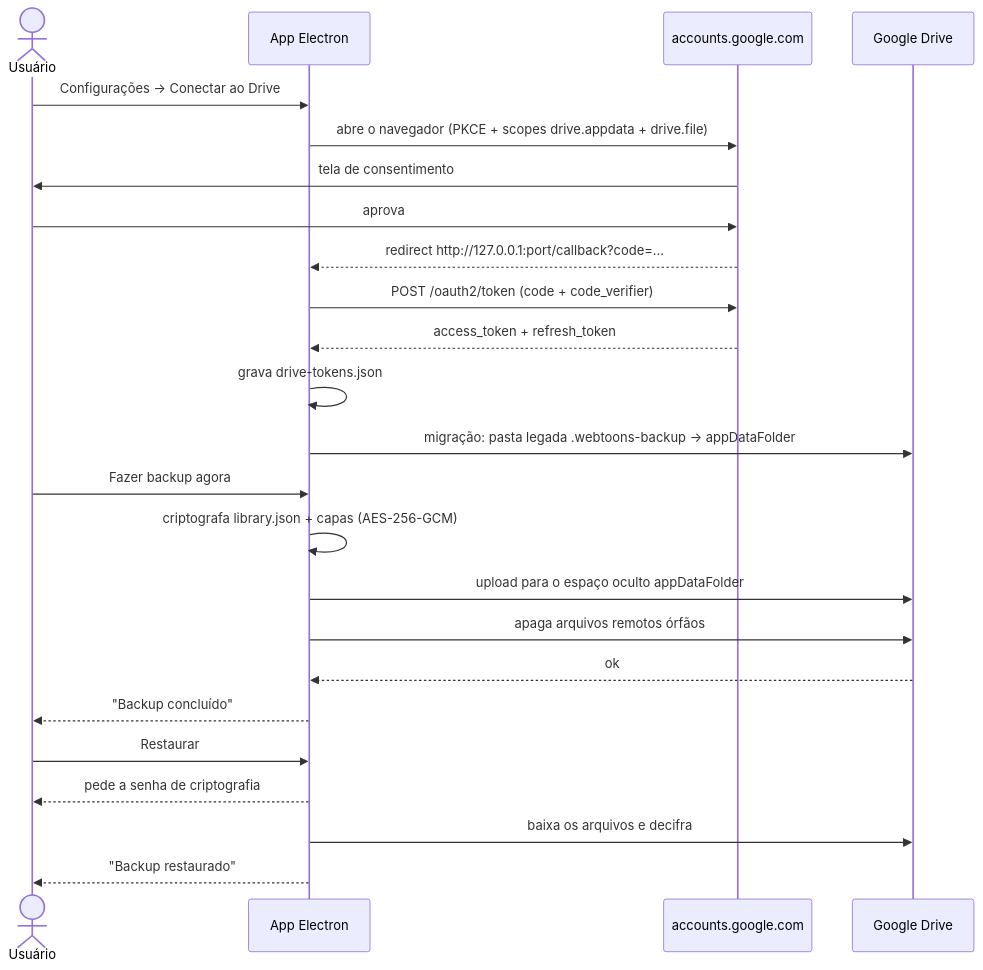
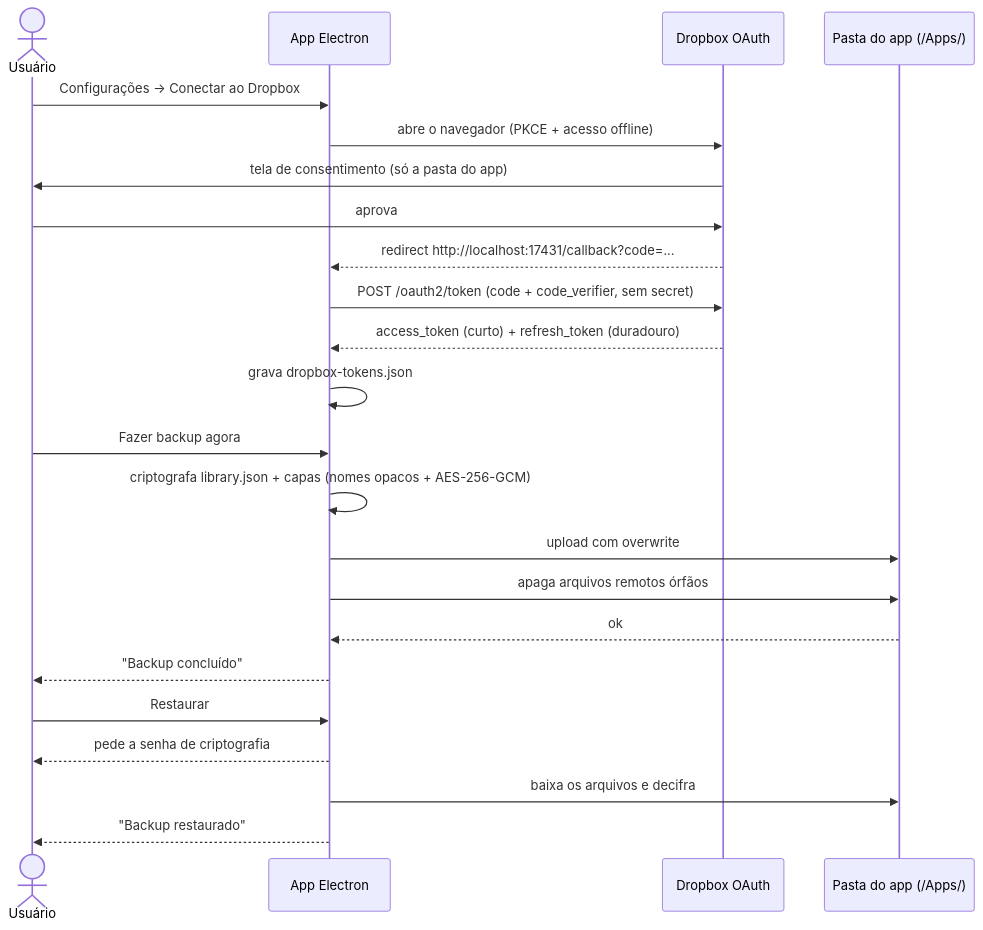
Before and after one commit to chronos-atalante/chronos-biblioteca: the fifth of 5 diagrams in README.md, drawn with Mermaid. The commit also changed other lines of this file and 29 other files, not shown here.

First line of the commit message:
feat: migra backup em nuvem do Google Drive para o Dropbox

````diff
--- a/README.md
+++ b/README.md
@@ -345,29 +345,28 @@
 ```mermaid
 sequenceDiagram
     actor U as Usuário
     participant App as App Electron
-    participant G as accounts.google.com
-    participant D as Google Drive
+    participant G as Dropbox OAuth
+    participant D as Pasta do app (/Apps/)
 
-    U->>App: Configurações → Conectar ao Drive
-    App->>G: abre o navegador (PKCE + scopes drive.appdata + drive.file)
-    G->>U: tela de consentimento
+    U->>App: Configurações → Conectar ao Dropbox
+    App->>G: abre o navegador (PKCE + acesso offline)
+    G->>U: tela de consentimento (só a pasta do app)
     U->>G: aprova
-    G-->>App: redirect http://127.0.0.1:port/callback?code=...
-    App->>G: POST /oauth2/token (code + code_verifier)
-    G-->>App: access_token + refresh_token
-    App->>App: grava drive-tokens.json
-    App->>D: migração: pasta legada .webtoons-backup → appDataFolder
+    G-->>App: redirect http://localhost:17431/callback?code=...
+    App->>G: POST /oauth2/token (code + code_verifier, sem secret)
+    G-->>App: access_token (curto) + refresh_token (duradouro)
+    App->>App: grava dropbox-tokens.json
 
     U->>App: Fazer backup agora
-    App->>App: criptografa library.json + capas (AES-256-GCM)
-    App->>D: upload para o espaço oculto appDataFolder
+    App->>App: criptografa library.json + capas (nomes opacos + AES-256-GCM)
+    App->>D: upload com overwrite
     App->>D: apaga arquivos remotos órfãos
     D-->>App: ok
     App-->>U: "Backup concluído"
 
     U->>App: Restaurar
     App-->>U: pede a senha de criptografia
     App->>D: baixa os arquivos e decifra
     App-->>U: "Backup restaurado"
 ```
````
